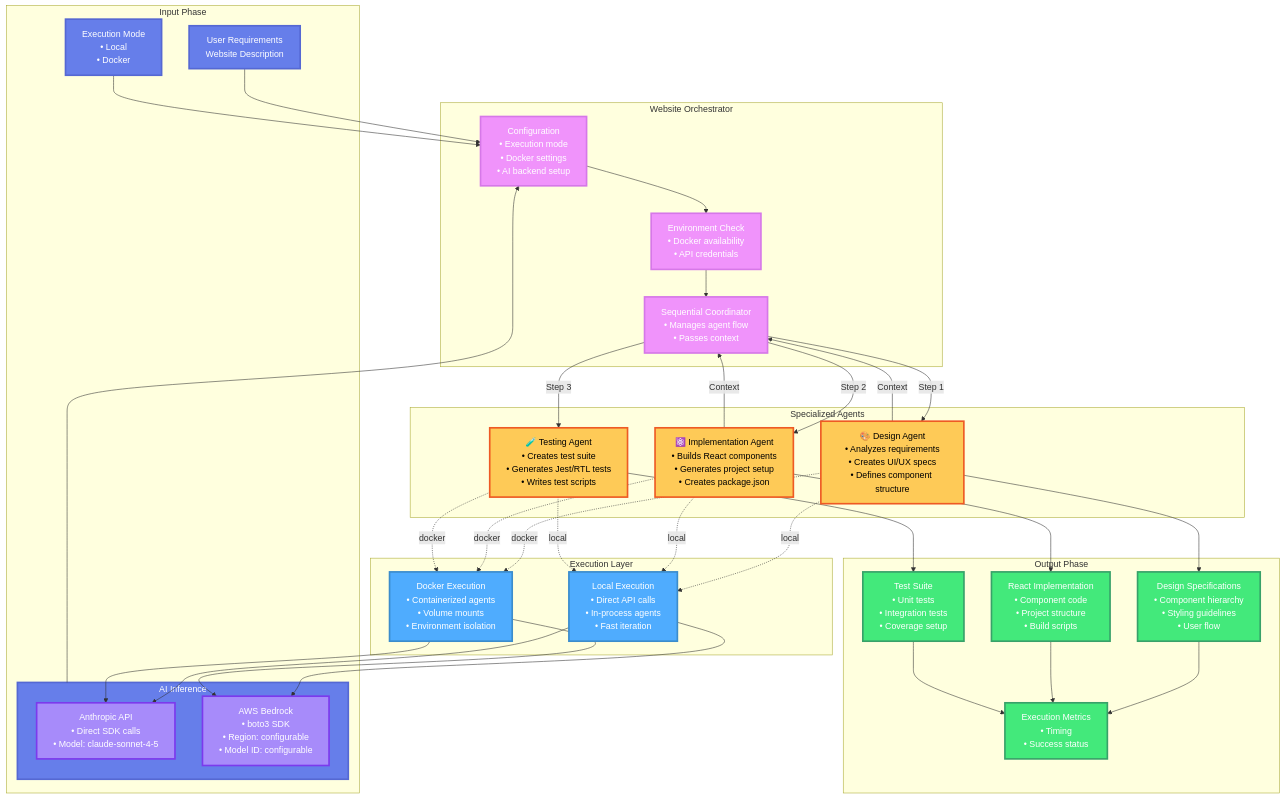
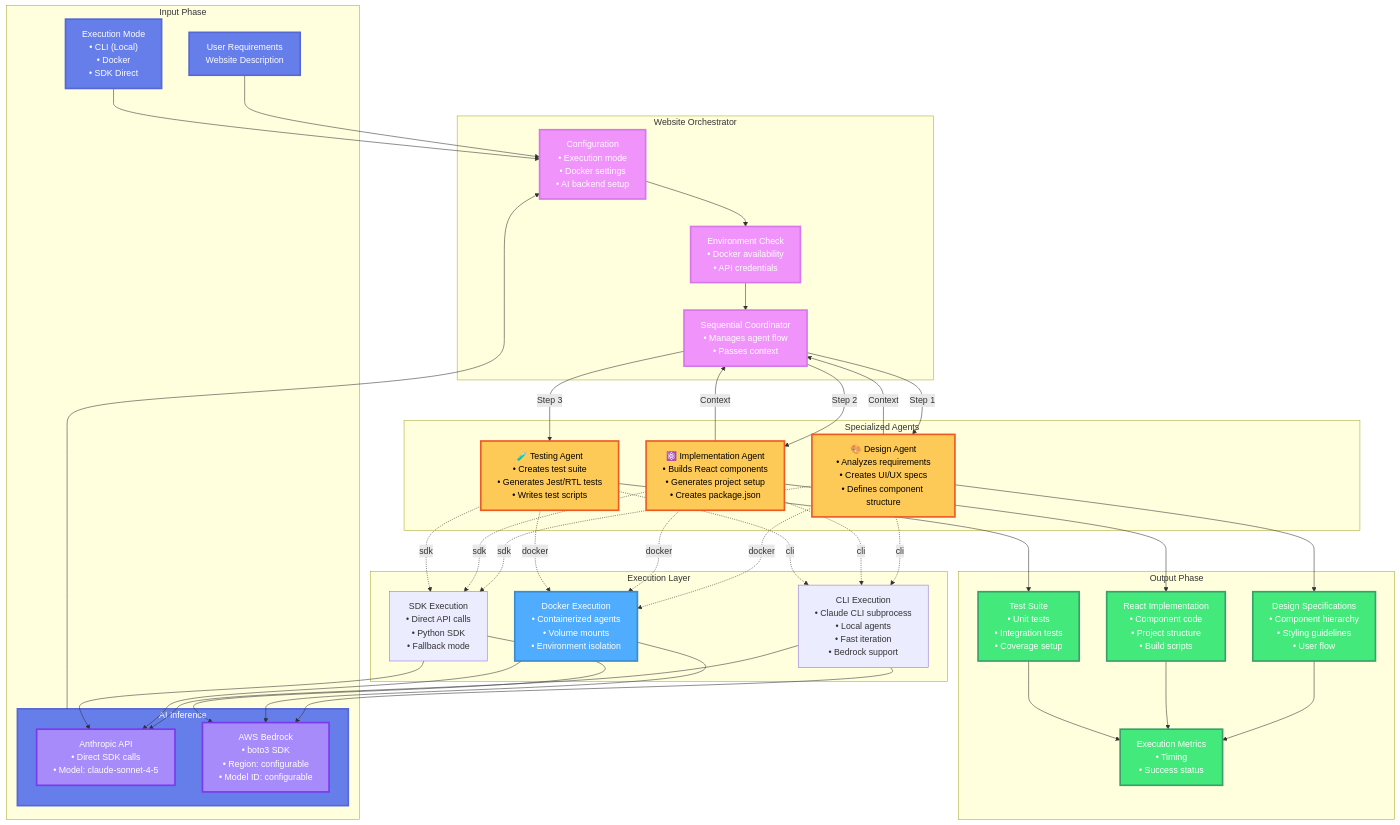
Before and after one commit to blackjackptit/factory-agentic-dev: the first of 7 diagrams in docs/website-orchestrator-architecture.md, drawn with Mermaid. The commit also changed other lines of this file, not shown here.

First line of the commit message:
Update architecture docs for three execution modes

```diff
--- a/docs/website-orchestrator-architecture.md
+++ b/docs/website-orchestrator-architecture.md
@@ -10,8 +10,8 @@
 graph TB
     subgraph Input["Input Phase"]
         REQ["User Requirements<br/>Website Description"]
-        MODE["Execution Mode<br/>• Local<br/>• Docker"]
-        AI["AI Backend<br/>• Anthropic API<br/>• AWS Bedrock"]
+        MODE["Execution Mode<br/>• CLI (Local)<br/>• Docker<br/>• SDK Direct"]
+        AI["AI Backend<br/>• Claude CLI<br/>• Anthropic API<br/>• AWS Bedrock"]
     end
 
     subgraph Orchestrator["Website Orchestrator"]
@@ -27,8 +27,9 @@
     end
 
     subgraph Execution["Execution Layer"]
-        LOCAL["Local Execution<br/>• Direct API calls<br/>• In-process agents<br/>• Fast iteration"]
+        CLI["CLI Execution<br/>• Claude CLI subprocess<br/>• Local agents<br/>• Fast iteration<br/>• Bedrock support"]
         DOCKER["Docker Execution<br/>• Containerized agents<br/>• Volume mounts<br/>• Environment isolation"]
+        SDK["SDK Execution<br/>• Direct API calls<br/>• Python SDK<br/>• Fallback mode"]
     end
 
     subgraph AI["AI Inference"]
@@ -55,18 +56,24 @@
     IMPL -->|Context| SEQ
     SEQ -->|Step 3| TEST
 
-    DESIGN -.->|local| LOCAL
-    IMPL -.->|local| LOCAL
-    TEST -.->|local| LOCAL
+    DESIGN -.->|cli| CLI
+    IMPL -.->|cli| CLI
+    TEST -.->|cli| CLI
 
     DESIGN -.->|docker| DOCKER
     IMPL -.->|docker| DOCKER
     TEST -.->|docker| DOCKER
 
-    LOCAL --> ANTHROPIC
-    LOCAL --> BEDROCK
+    DESIGN -.->|sdk| SDK
+    IMPL -.->|sdk| SDK
+    TEST -.->|sdk| SDK
+
+    CLI --> ANTHROPIC
+    CLI --> BEDROCK
     DOCKER --> ANTHROPIC
     DOCKER --> BEDROCK
+    SDK --> ANTHROPIC
+    SDK --> BEDROCK
 
     DESIGN --> DESIGN_OUT
     IMPL --> CODE_OUT
```
